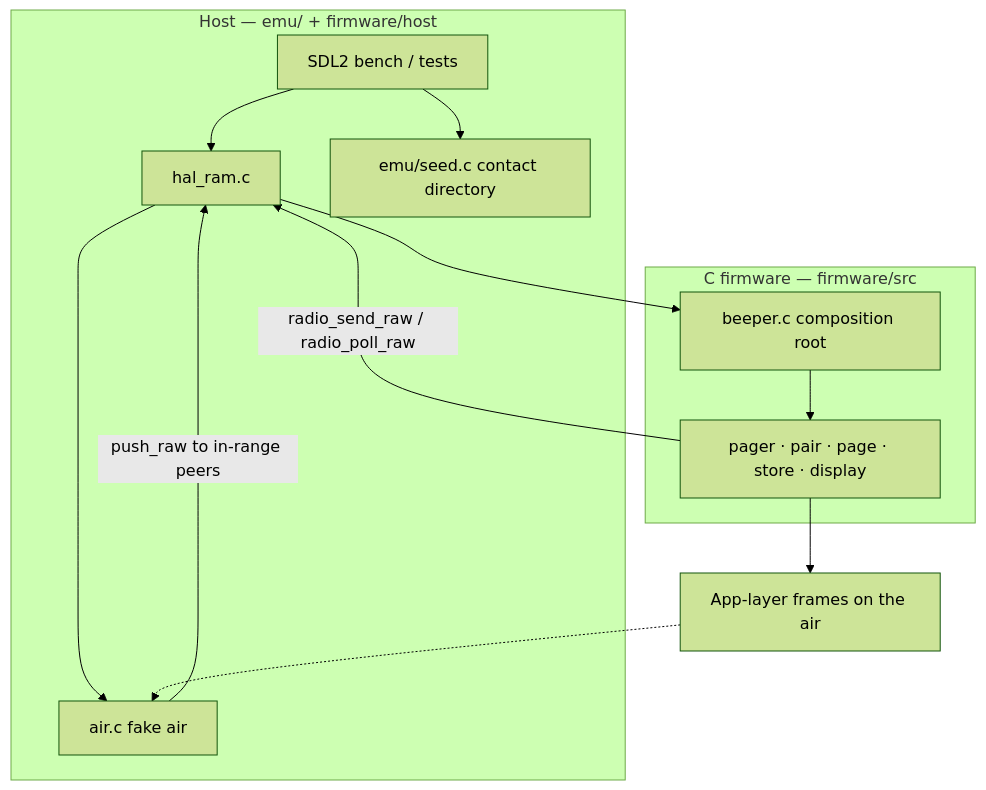
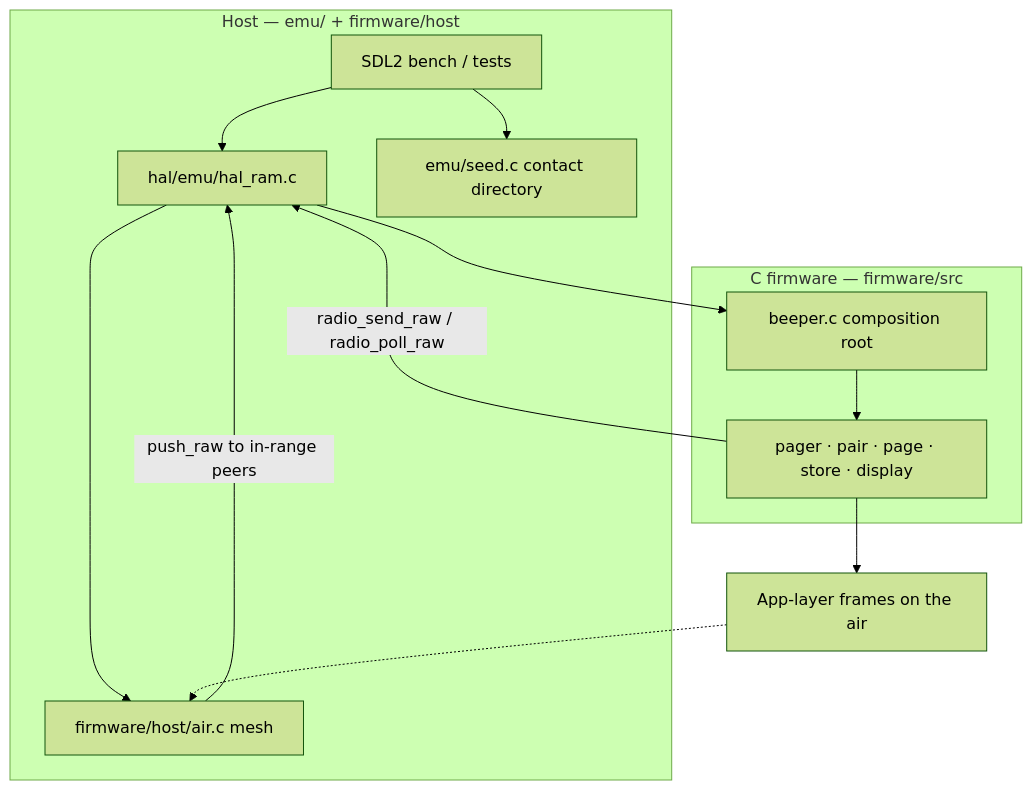
Before and after one commit to Oh-Low/peeple-beeper: the diagram in docs/architecture.md, drawn with Mermaid (forest theme). The commit also changed other lines of this file and 9 other files, not shown here.

````diff
--- a/docs/architecture.md
+++ b/docs/architecture.md
@@ -13,23 +13,23 @@
 ```mermaid
 flowchart TB
   subgraph host ["Host — emu/ + firmware/host"]
     UI["SDL2 bench / tests"]
-    HALImpl["hal_ram.c"]
-    Air["air.c fake air"]
+    HALImpl["hal/emu/hal_ram.c"]
+    Air["firmware/host/air.c mesh"]
     Seed["emu/seed.c contact directory"]
   end
   subgraph fw ["C firmware — firmware/src"]
     Beeper["beeper.c composition root"]
     Apps["pager · pair · page · store · display"]
   end
   Frames["App-layer frames on the air"]
   UI --> HALImpl
   UI --> Seed
   HALImpl --> Beeper
   Beeper --> Apps
   Apps -->|"radio_send_raw / radio_poll_raw"| HALImpl
   HALImpl --> Air
   Air -->|"push_raw to in-range peers"| HALImpl
   Apps --> Frames
   Frames -.-> Air
 ```
````
